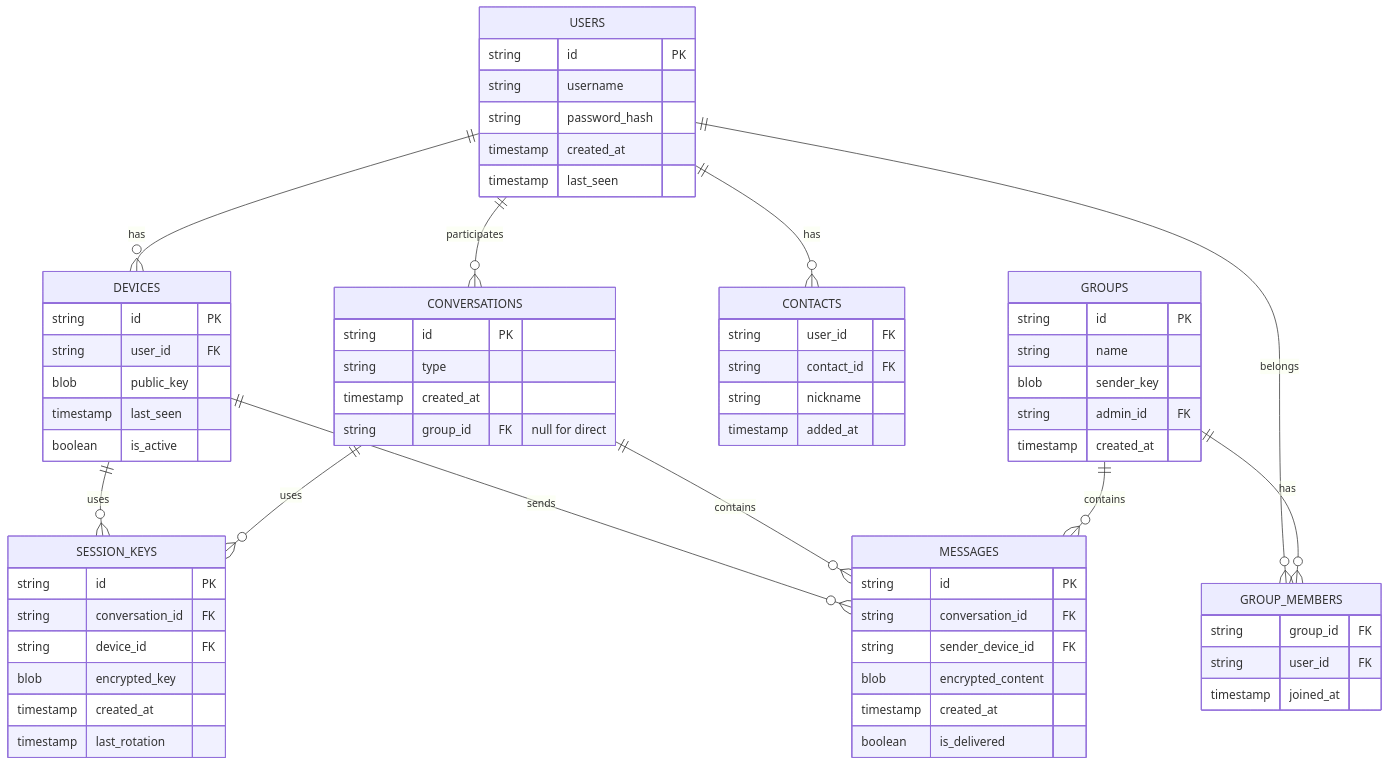
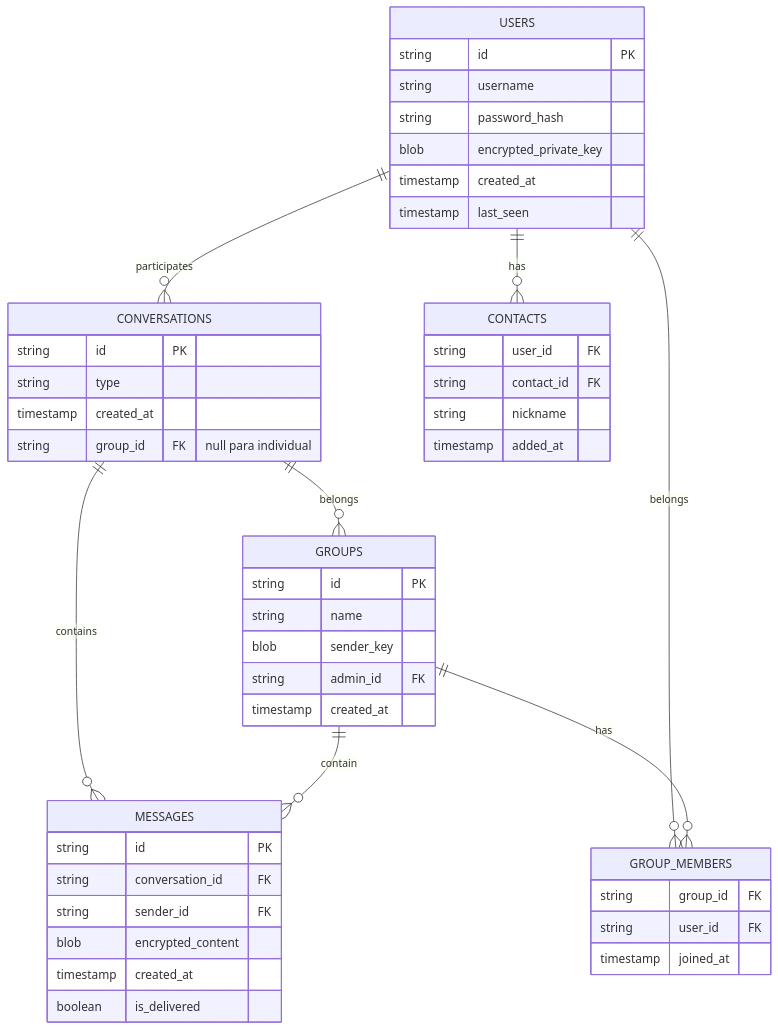
The first of 2 diagrams in README.md (Gugarauj07/ChatE2EE-ElgamalCrypto), drawn with Mermaid before and after one commit. The commit also changed other lines of this file, not shown here.

````diff
--- a/README.md
+++ b/README.md
@@ -10,75 +10,50 @@
 ```mermaid
 erDiagram
-    USERS ||--o{ DEVICES : has
     USERS ||--o{ CONVERSATIONS : participates
     USERS ||--o{ GROUP_MEMBERS : belongs
     USERS ||--o{ CONTACTS : has
-    DEVICES ||--o{ SESSION_KEYS : uses
-    DEVICES ||--o{ MESSAGES : sends
     CONVERSATIONS ||--o{ MESSAGES : contains
-    CONVERSATIONS ||--o{ SESSION_KEYS : uses
+    CONVERSATIONS ||--o{ GROUPS : belongs
     GROUPS ||--o{ GROUP_MEMBERS : has
-    GROUPS ||--o{ MESSAGES : contains
-
+    GROUPS ||--o{ MESSAGES : contain
     USERS {
         string id PK
         string username
         string password_hash
+        blob encrypted_private_key
         timestamp created_at
         timestamp last_seen
     }
-
     CONTACTS {
         string user_id FK
         string contact_id FK
         string nickname
         timestamp added_at
     }
-
-    DEVICES {
-        string id PK
-        string user_id FK
-        blob public_key
-        timestamp last_seen
-        boolean is_active
-    }
-
-    SESSION_KEYS {
-        string id PK
-        string conversation_id FK
-        string device_id FK
-        blob encrypted_key
-        timestamp created_at
-        timestamp last_rotation
-    }
-
     CONVERSATIONS {
         string id PK
         string type
         timestamp created_at
-        string group_id FK "null for direct"
+        string group_id FK "null para individual"
     }
-
     MESSAGES {
         string id PK
         string conversation_id FK
-        string sender_device_id FK
+        string sender_id FK
         blob encrypted_content
         timestamp created_at
         boolean is_delivered
     }
-
     GROUPS {
         string id PK
         string name
         blob sender_key
         string admin_id FK
         timestamp created_at
     }
-
     GROUP_MEMBERS {
         string group_id FK
         string user_id FK
         timestamp joined_at
     }
 ```
````
